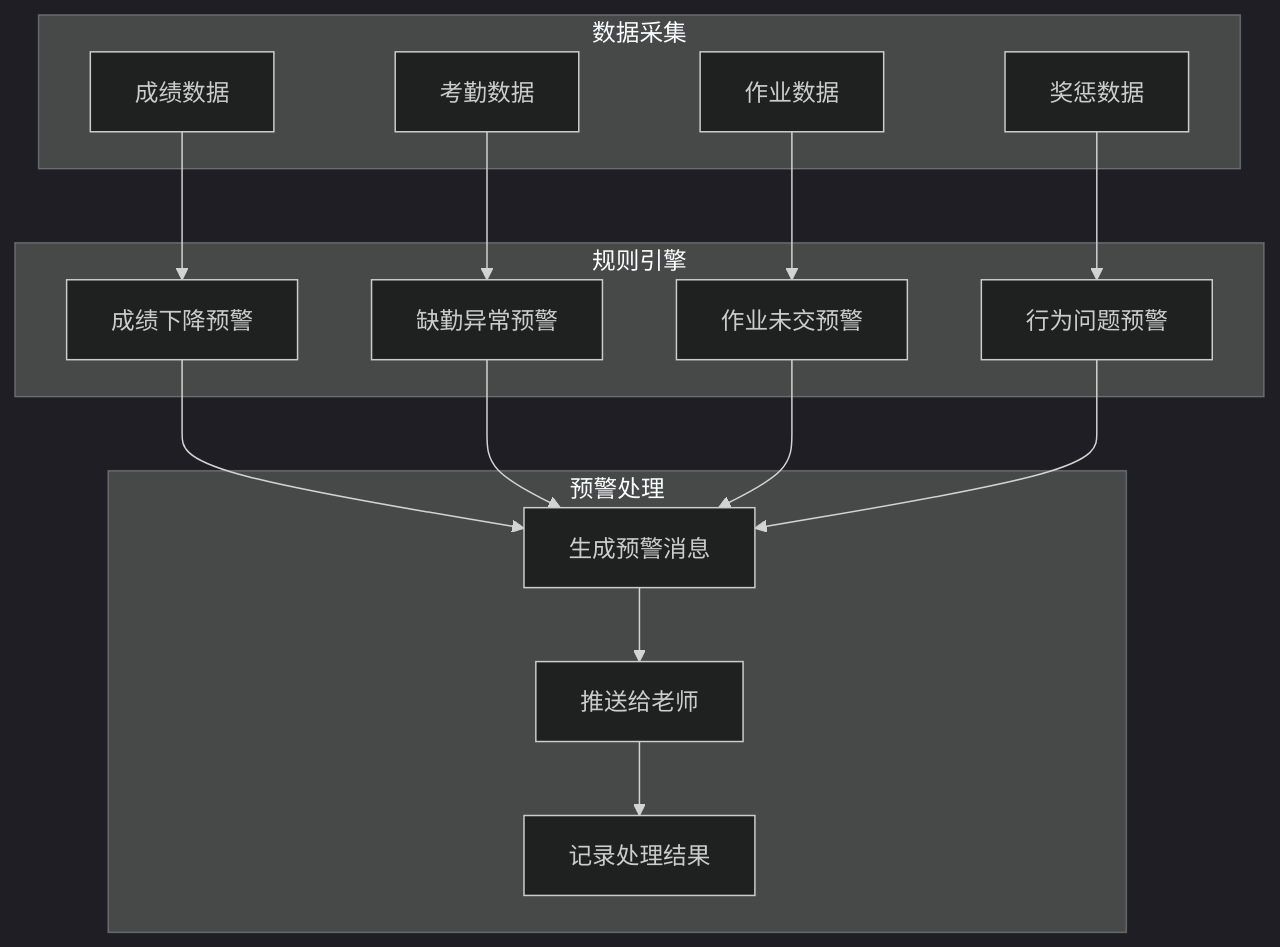
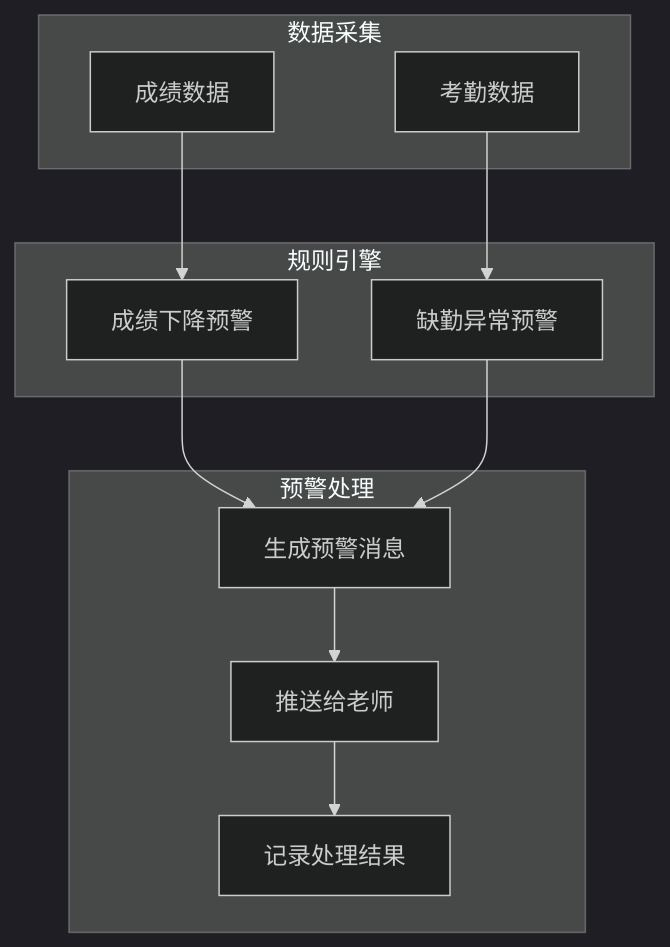
Before and after one commit to foggy-projects/foggy-data-mcp-bridge: the seventh of 7 diagrams in docs/design/student-analytics-data-model.md, drawn with Mermaid (dark theme). The commit also changed other lines of this file and 21 other files, not shown here.

````diff
--- a/docs/design/student-analytics-data-model.md
+++ b/docs/design/student-analytics-data-model.md
@@ -1006,35 +575,27 @@
 ```mermaid
 graph TB
     subgraph 数据采集
         A1[成绩数据]
         A2[考勤数据]
-        A3[作业数据]
-        A4[奖惩数据]
     end
-    
+
     subgraph 规则引擎
         B1[成绩下降预警]
         B2[缺勤异常预警]
-        B3[作业未交预警]
-        B4[行为问题预警]
     end
-    
+
     subgraph 预警处理
         C1[生成预警消息]
         C2[推送给老师]
         C3[记录处理结果]
     end
-    
+
     A1 --> B1
     A2 --> B2
-    A3 --> B3
-    A4 --> B4
-    
+
     B1 --> C1
     B2 --> C1
-    B3 --> C1
-    B4 --> C1
-    
+
     C1 --> C2
     C2 --> C3
 ```
````
